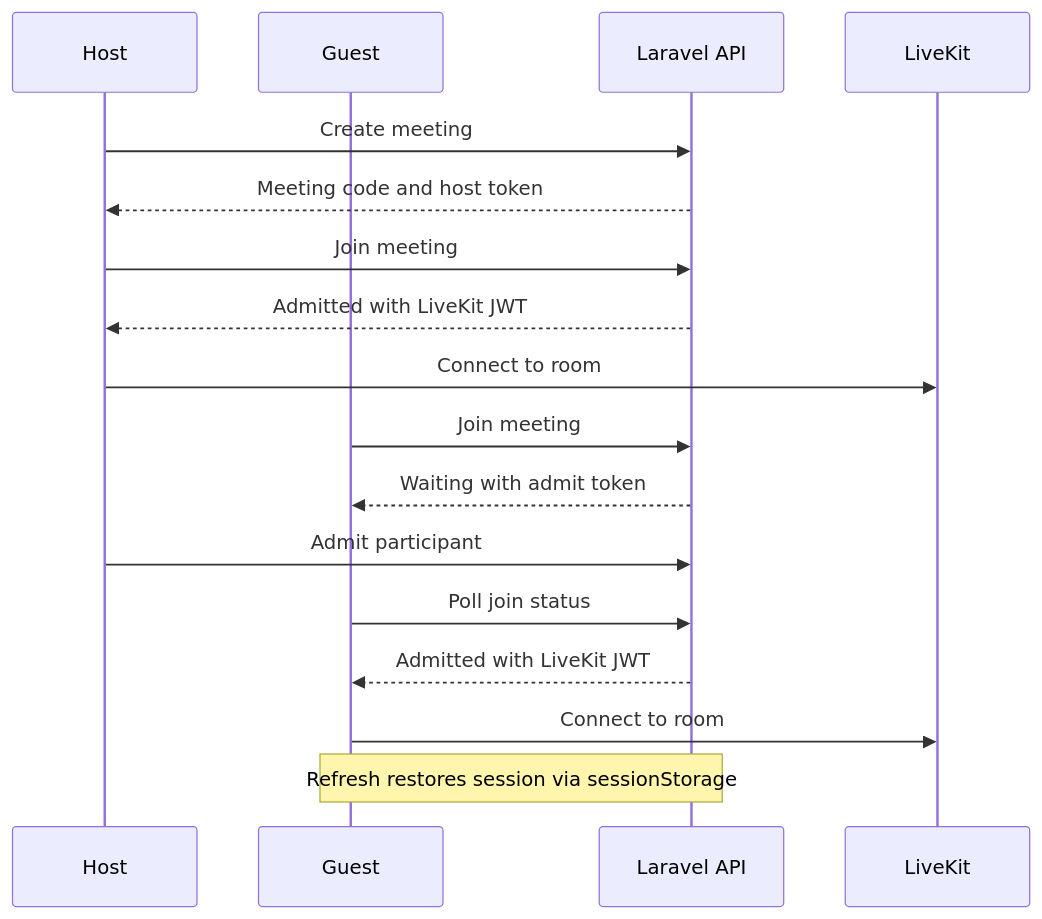
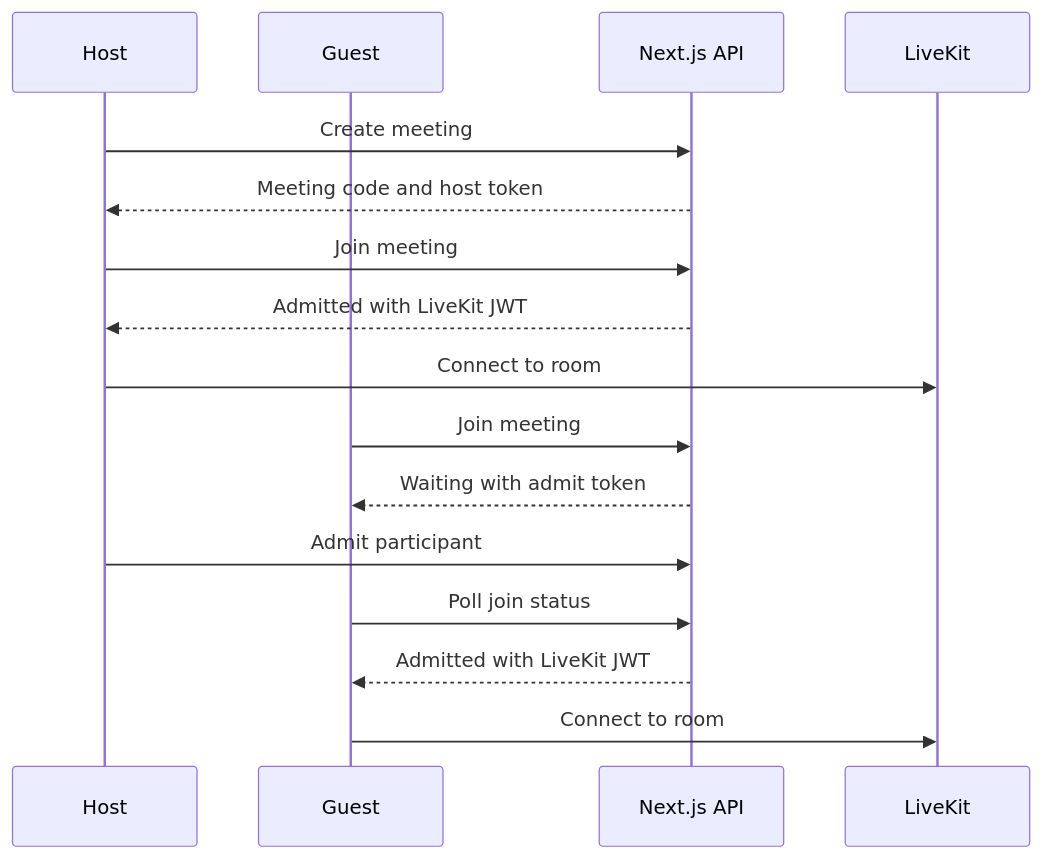
The second of 2 diagrams in README.md (GhayoorAli/meetme), drawn with Mermaid before and after one commit. The commit also changed other lines of this file and 246 other files, not shown here.

````diff
--- a/README.md
+++ b/README.md
@@ -104,22 +103,20 @@
 ```mermaid
 sequenceDiagram
     participant Host
     participant Guest
-    participant API as Laravel API
+    participant API as Next.js API
     participant LK as LiveKit
 
     Host->>API: Create meeting
     API-->>Host: Meeting code and host token
     Host->>API: Join meeting
     API-->>Host: Admitted with LiveKit JWT
     Host->>LK: Connect to room
 
     Guest->>API: Join meeting
     API-->>Guest: Waiting with admit token
     Host->>API: Admit participant
     Guest->>API: Poll join status
     API-->>Guest: Admitted with LiveKit JWT
     Guest->>LK: Connect to room
-
-    Note over Guest,API: Refresh restores session via sessionStorage
 ```
````
